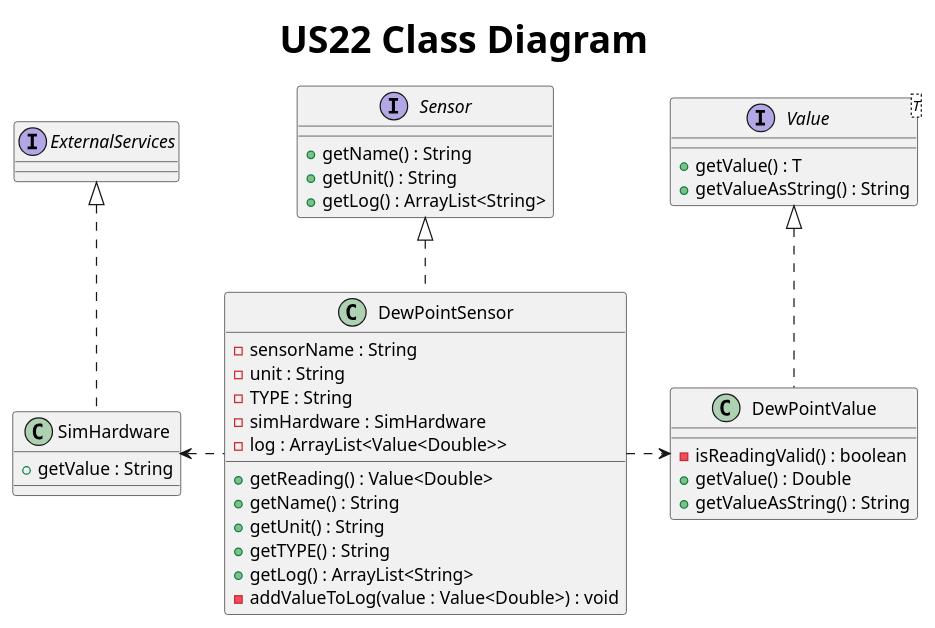
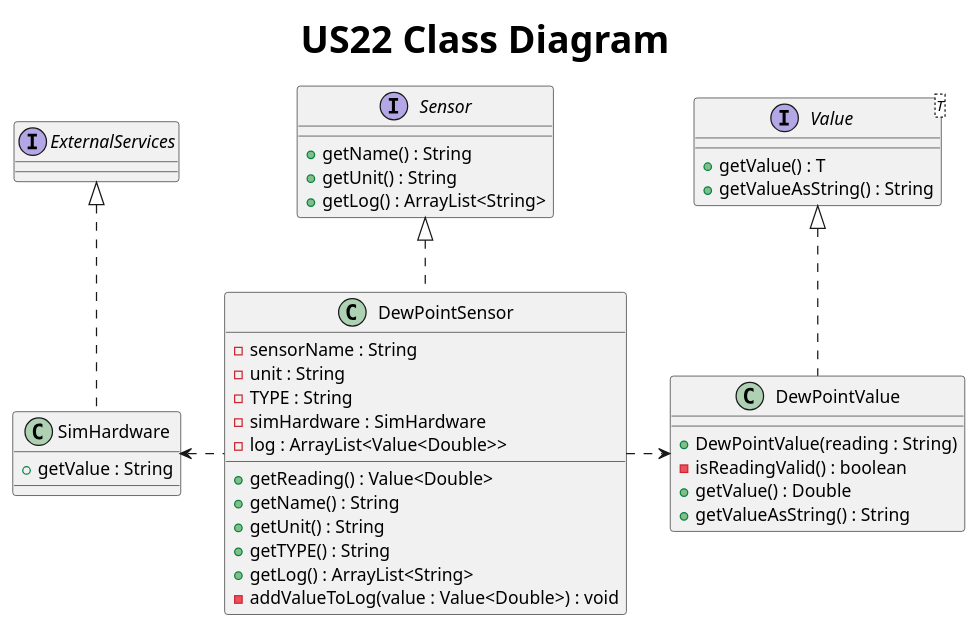
The diagram in Docs/US22/S3U22ClassDIagram.puml (AfonsoNeves77/smartHouse), drawn with PlantUML before and after one commit. The commit also changed 11 other files, not shown here.

Commit message:
Team review : Updated ClassDiagrams for sensors classes.

```diff
--- a/Docs/US22/S3U22ClassDIagram.puml
+++ b/Docs/US22/S3U22ClassDIagram.puml
@@ -1,49 +1,50 @@
 @startuml
 title <size: 30> US22 Class Diagram
 
 interface Sensor {
     + getName() : String
     + getUnit() : String
     + getLog() : ArrayList<String>
 }
 
 interface Value<T> {
     + getValue() : T
     + getValueAsString() : String
 }
 
 interface ExternalServices{
 }
 
 class SimHardware {
      + getValue : String
      }
 
 class DewPointSensor{
     - sensorName : String
     - unit : String
     - TYPE : String
     - simHardware : SimHardware
     - log : ArrayList<Value<Double>>
 
     + getReading() : Value<Double>
     + getName() : String
     + getUnit() : String
     + getTYPE() : String
     + getLog() : ArrayList<String>
     - addValueToLog(value : Value<Double>) : void
 }
 
 class DewPointValue {
+    + DewPointValue(reading : String)
     - isReadingValid() : boolean
     + getValue() : Double
     + getValueAsString() : String
 }
 
 Value <|.. DewPointValue
 Sensor <|.. DewPointSensor
 DewPointSensor .right.> DewPointValue
 SimHardware <. DewPointSensor
 ExternalServices <|.. SimHardware
 
 @enduml
```
